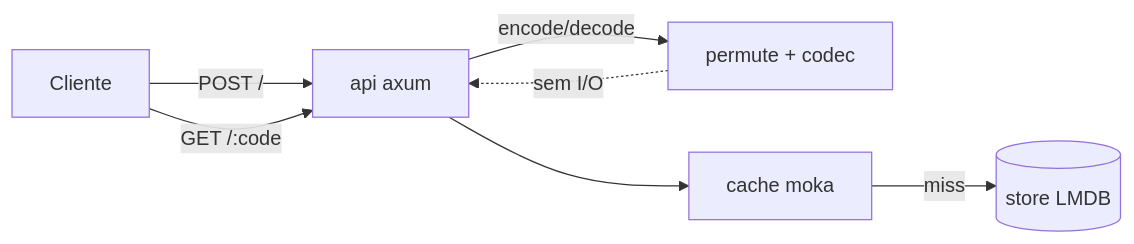
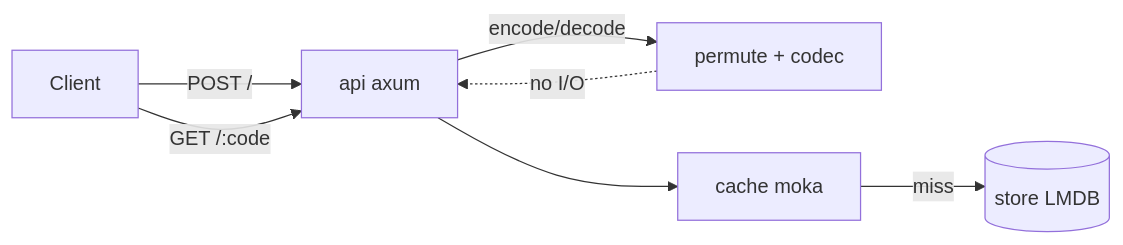
Before and after one commit to lucasolopes/quark: the first of 3 diagrams in README.md, drawn with Mermaid. The commit also changed other lines of this file and 15 other files, not shown here.

````diff
--- a/README.md
+++ b/README.md
@@ -28,9 +30,9 @@
 ```mermaid
 flowchart LR
-    C[Cliente] -->|POST /| API[api axum]
+    C[Client] -->|POST /| API[api axum]
     C -->|GET /:code| API
     API -->|encode/decode| P[permute + codec]
     API --> CA[cache moka]
     CA -->|miss| ST[(store LMDB)]
-    P -.sem I/O.-> API
+    P -.no I/O.-> API
 ```
````
